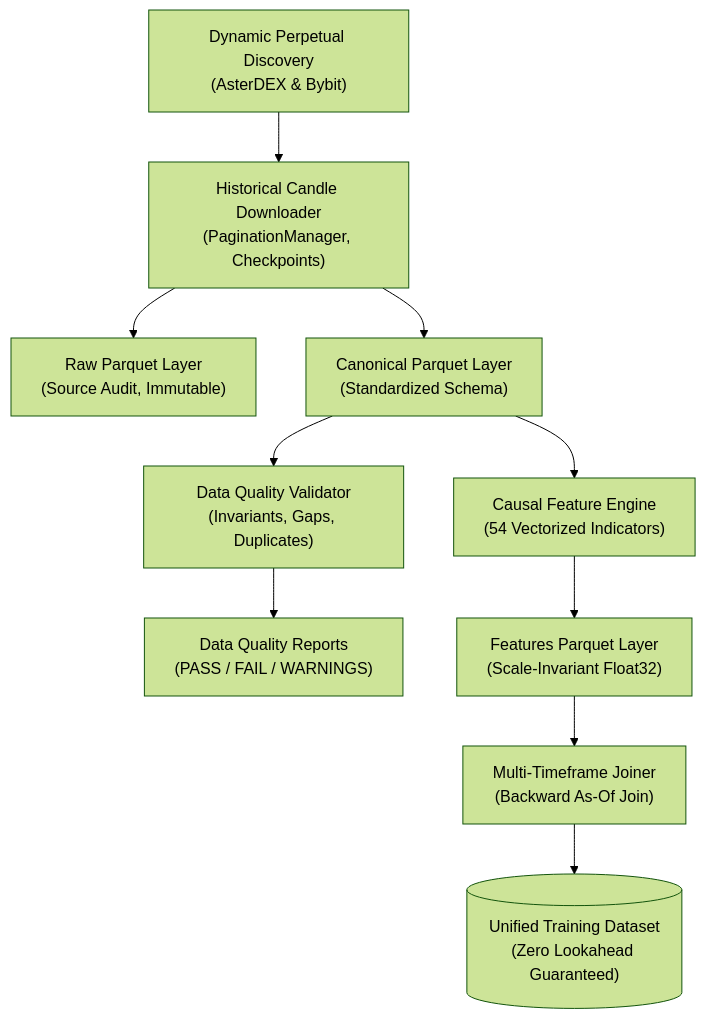
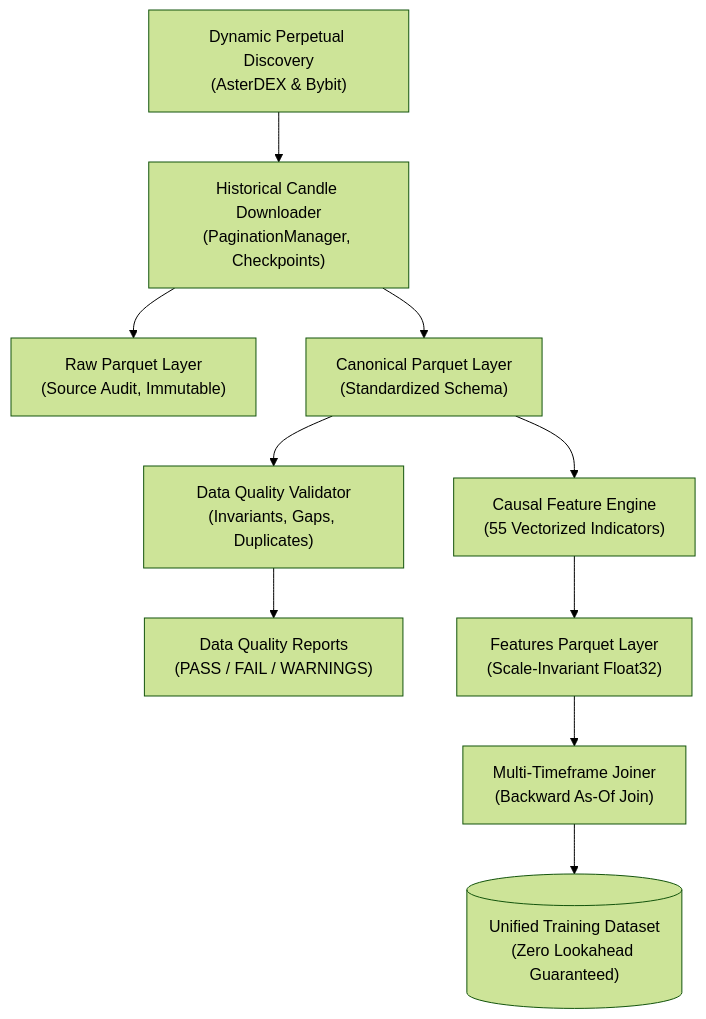
The diagram in docs/HISTORICAL_DATA_PIPELINE.md (RAYDENFLY/quantum-multi-agent), drawn with Mermaid (forest theme) before and after one commit. The commit also changed other lines of this file and 8 other files, not shown here.

````diff
--- a/docs/HISTORICAL_DATA_PIPELINE.md
+++ b/docs/HISTORICAL_DATA_PIPELINE.md
@@ -9,12 +9,12 @@
 ```mermaid
 flowchart TD
     DISCOVERY["Dynamic Perpetual Discovery<br/>(AsterDEX & Bybit)"] --> DOWNLOADER["Historical Candle Downloader<br/>(PaginationManager, Checkpoints)"]
     DOWNLOADER --> RAW_STORE["Raw Parquet Layer<br/>(Source Audit, Immutable)"]
     DOWNLOADER --> CANON_STORE["Canonical Parquet Layer<br/>(Standardized Schema)"]
     CANON_STORE --> VALIDATOR["Data Quality Validator<br/>(Invariants, Gaps, Duplicates)"]
     VALIDATOR --> QUALITY_REP["Data Quality Reports<br/>(PASS / FAIL / WARNINGS)"]
-    CANON_STORE --> FEATURE_ENG["Causal Feature Engine<br/>(54 Vectorized Indicators)"]
+    CANON_STORE --> FEATURE_ENG["Causal Feature Engine<br/>(55 Vectorized Indicators)"]
     FEATURE_ENG --> FEAT_STORE["Features Parquet Layer<br/>(Scale-Invariant Float32)"]
     FEAT_STORE --> MTF_JOINER["Multi-Timeframe Joiner<br/>(Backward As-Of Join)"]
     MTF_JOINER --> ML_DATASET[("Unified Training Dataset<br/>(Zero Lookahead Guaranteed)")]
 ```
````
